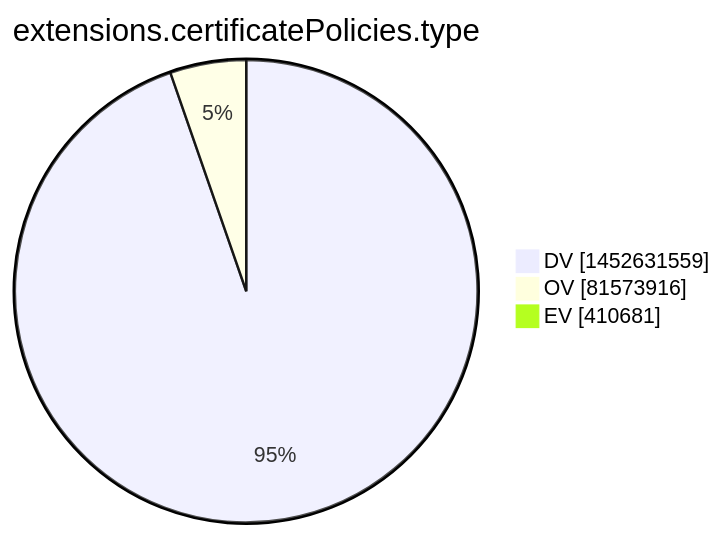
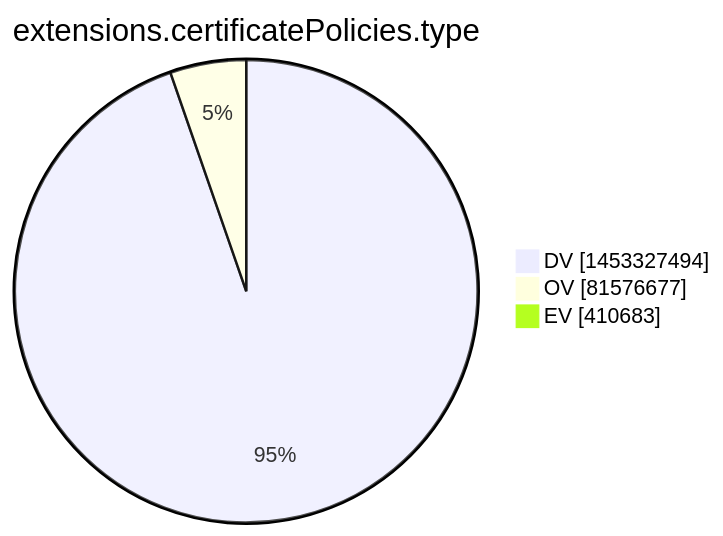
Before and after one commit to christiankrug/ctmonitor_visualization: the tenth of 15 diagrams in xenon2022/README.md, drawn with Mermaid. The commit also changed other lines of this file, not shown here.

````diff
--- a/xenon2022/README.md
+++ b/xenon2022/README.md
@@ -2870,7 +2870,7 @@
 ```mermaid
 pie showData
 title extensions.certificatePolicies.type
-"DV" :1452631559
-"OV" :81573916
-"EV" :410681
+"DV" :1453327494
+"OV" :81576677
+"EV" :410683
 ```
````
